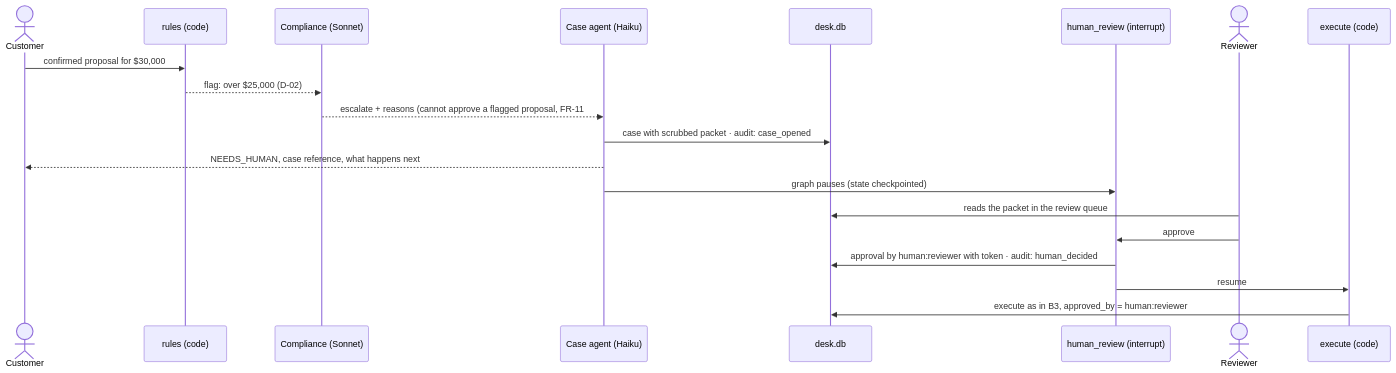
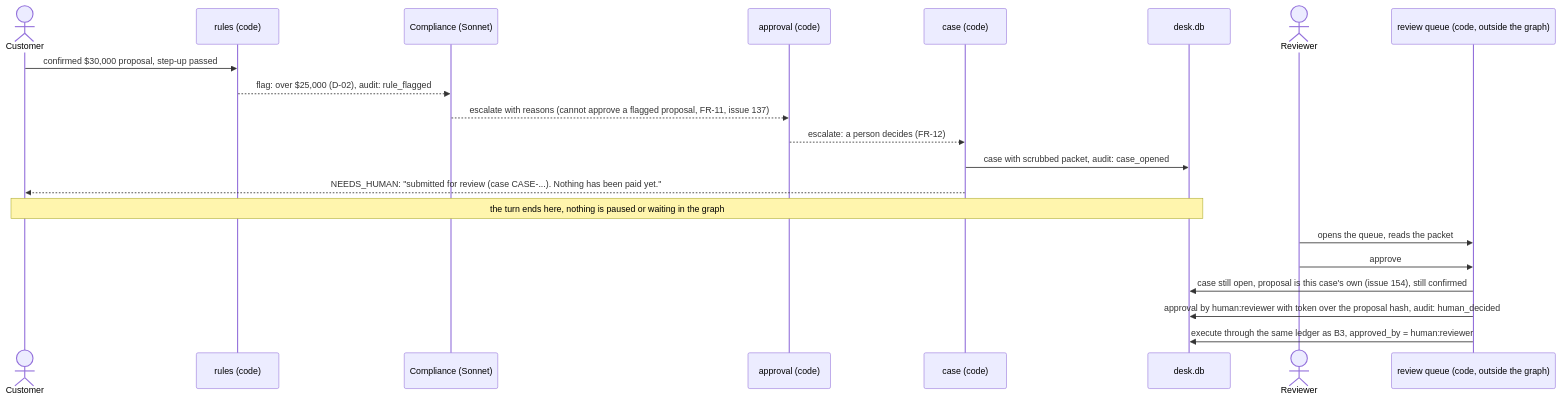
The fifth of 8 diagrams in docs/ARCHITECTURE.md (debudash/SPRServicingAgent), drawn with Mermaid before and after one commit. The commit also changed other lines of this file, not shown here.

First line of the commit message:
ARCHITECTURE.md: fix the two diagrams that did not render, and match the flows to the code

````diff
--- a/docs/ARCHITECTURE.md
+++ b/docs/ARCHITECTURE.md
@@ -275,22 +281,23 @@
 ```mermaid
 sequenceDiagram
     actor C as Customer
     participant RU as rules (code)
     participant CO as Compliance (Sonnet)
-    participant CASE as Case agent (Haiku)
+    participant AP as approval (code)
+    participant CASE as case (code)
     participant DB as desk.db
-    participant HR as human_review (interrupt)
     actor RV as Reviewer
-    participant EX as execute (code)
-    C->>RU: confirmed proposal for $30,000
-    RU-->>CO: flag: over $25,000 (D-02)
-    CO-->>CASE: escalate + reasons (cannot approve a flagged proposal, FR-11; #137)
-    CASE->>DB: case with scrubbed packet · audit: case_opened
-    CASE-->>C: NEEDS_HUMAN, case reference, what happens next
-    CASE->>HR: graph pauses (state checkpointed)
-    RV->>DB: reads the packet in the review queue
-    RV->>HR: approve
-    HR->>DB: approval by human:reviewer with token · audit: human_decided
-    HR->>EX: resume
-    EX->>DB: execute as in B3, approved_by = human:reviewer
+    participant RQ as review queue (code, outside the graph)
+    C->>RU: confirmed $30,000 proposal, step-up passed
+    RU-->>CO: flag: over $25,000 (D-02), audit: rule_flagged
+    CO-->>AP: escalate with reasons (cannot approve a flagged proposal, FR-11, issue 137)
+    AP-->>CASE: escalate: a person decides (FR-12)
+    CASE->>DB: case with scrubbed packet, audit: case_opened
+    CASE-->>C: NEEDS_HUMAN: "submitted for review (case CASE-...). Nothing has been paid yet."
+    Note over C,DB: the turn ends here, nothing is paused or waiting in the graph
+    RV->>RQ: opens the queue, reads the packet
+    RV->>RQ: approve
+    RQ->>DB: case still open, proposal is this case's own (issue 154), still confirmed
+    RQ->>DB: approval by human:reviewer with token over the proposal hash, audit: human_decided
+    RQ->>DB: execute through the same ledger as B3, approved_by = human:reviewer
 ```
````
